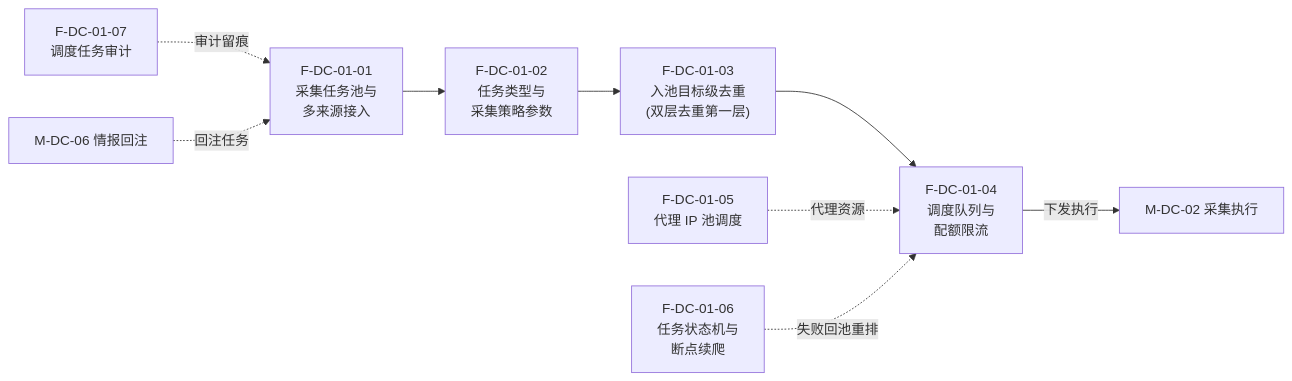
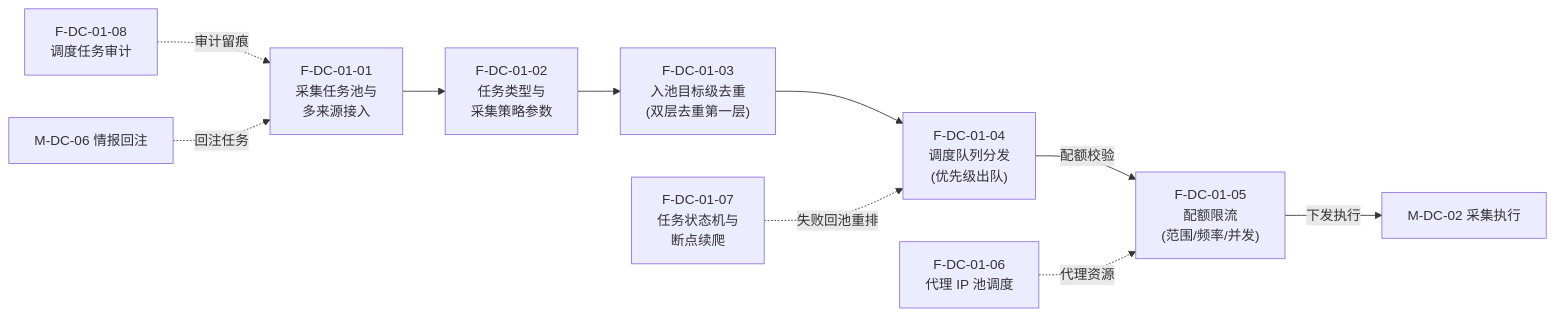
Before and after one commit to Sj-g/obsidian: the third of 47 diagrams in 公司项目/认知作战/文档/软件概要设计-架构图.md, drawn with Mermaid. The commit also changed other lines of this file and 2 other files, not shown here.

````diff
--- a/公司项目/认知作战/文档/软件概要设计-架构图.md
+++ b/公司项目/认知作战/文档/软件概要设计-架构图.md
@@ -107,17 +107,19 @@
 ```mermaid
 flowchart LR
     F0101["F-DC-01-01<br/>采集任务池与<br/>多来源接入"]
     F0102["F-DC-01-02<br/>任务类型与<br/>采集策略参数"]
     F0103["F-DC-01-03<br/>入池目标级去重<br/>(双层去重第一层)"]
-    F0104["F-DC-01-04<br/>调度队列与<br/>配额限流"]
-    F0105["F-DC-01-05<br/>代理 IP 池调度"]
-    F0106["F-DC-01-06<br/>任务状态机与<br/>断点续爬"]
-    F0107["F-DC-01-07<br/>调度任务审计"]
+    F0104["F-DC-01-04<br/>调度队列分发<br/>(优先级出队)"]
+    F0105["F-DC-01-05<br/>配额限流<br/>(范围/频率/并发)"]
+    F0106["F-DC-01-06<br/>代理 IP 池调度"]
+    F0107["F-DC-01-07<br/>任务状态机与<br/>断点续爬"]
+    F0108["F-DC-01-08<br/>调度任务审计"]
 
     F0101 --> F0102 --> F0103 --> F0104
-    F0104 -->|"下发执行"| EXT["M-DC-02 采集执行"]
-    F0105 -.->|"代理资源"| F0104
-    F0106 -.->|"失败回池重排"| F0104
-    F0107 -.->|"审计留痕"| F0101
+    F0104 -->|"配额校验"| F0105
+    F0105 -->|"下发执行"| EXT["M-DC-02 采集执行"]
+    F0106 -.->|"代理资源"| F0105
+    F0107 -.->|"失败回池重排"| F0104
+    F0108 -.->|"审计留痕"| F0101
     EXT2["M-DC-06 情报回注"] -.->|"回注任务"| F0101
 ```
````
